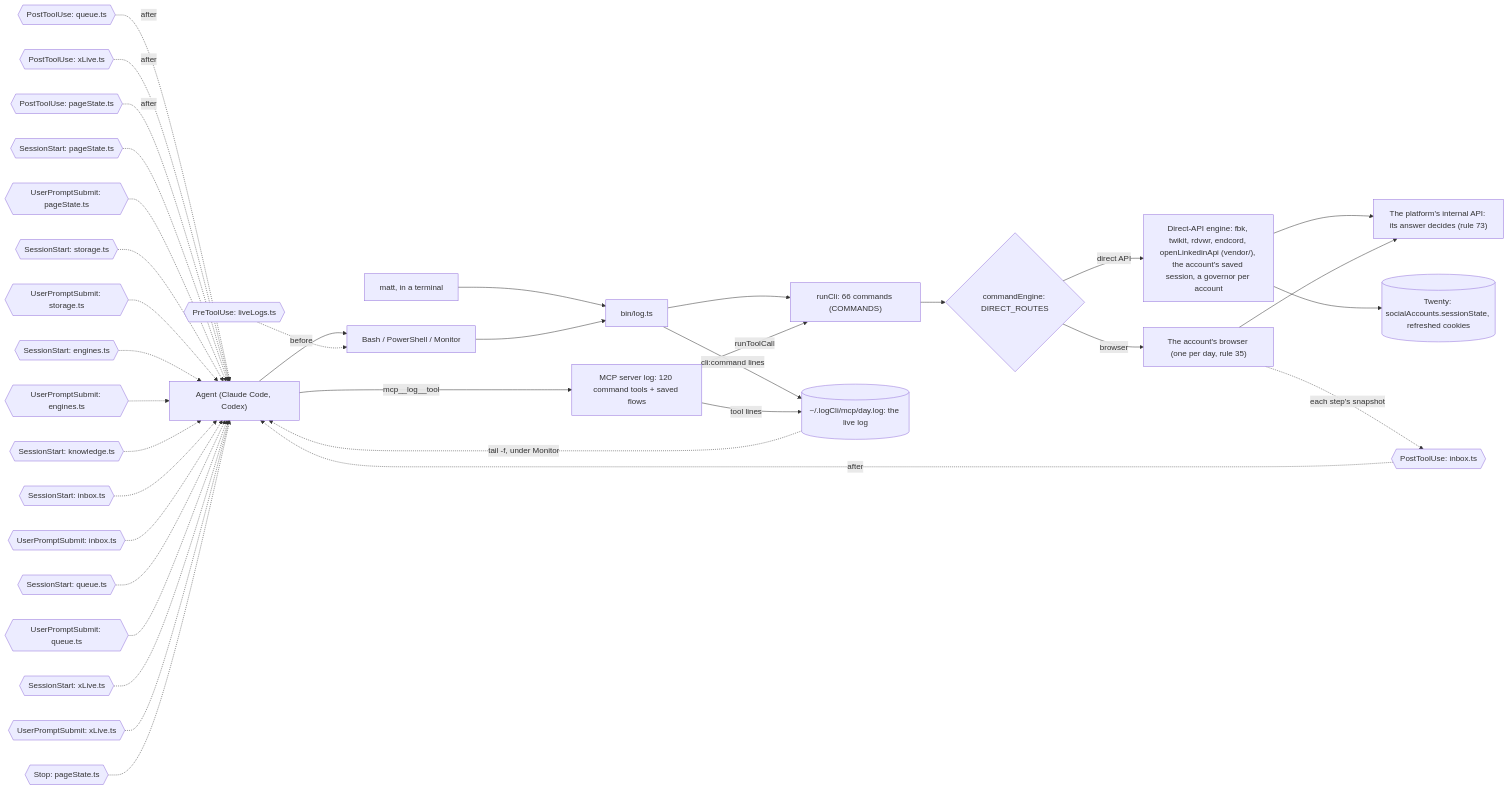
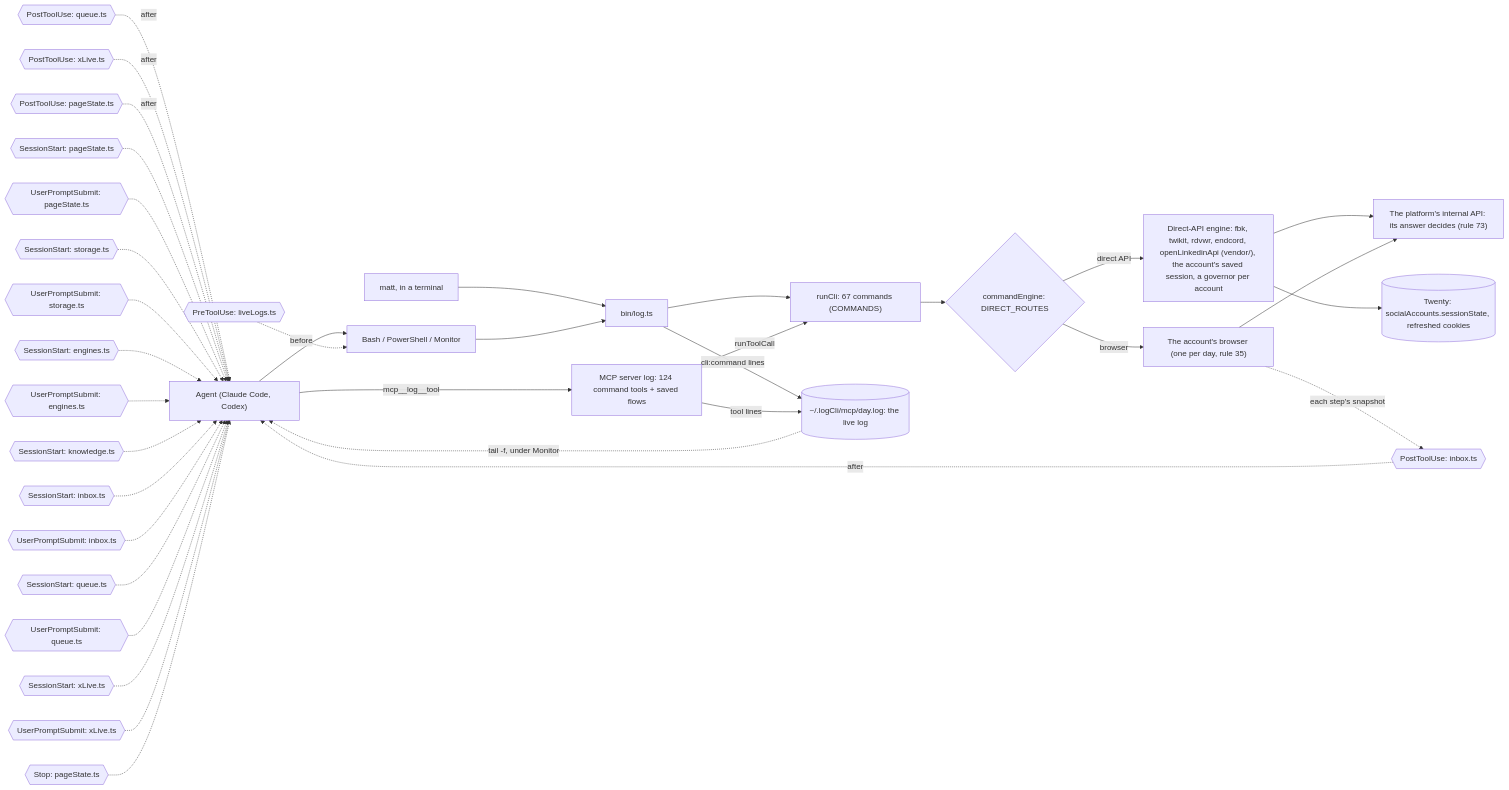
One commit to matthewdonsemail-lab/log changed the third of 6 diagrams in docs/reference.md. Above: the diagram before and after it, drawn with Mermaid. The commit also changed other lines of this file and 34 other files, not shown here.

````diff
--- a/docs/reference.md
+++ b/docs/reference.md
@@ -146,50 +146,50 @@
 ```mermaid
 flowchart LR
   agent["Agent (Claude Code, Codex)"]
   matt["matt, in a terminal"]
   shell["Bash / PowerShell / Monitor"]
-  mcp["MCP server log: 120 command tools + saved flows"]
+  mcp["MCP server log: 124 command tools + saved flows"]
   bin["bin/log.ts"]
-  runCli["runCli: 66 commands (COMMANDS)"]
+  runCli["runCli: 67 commands (COMMANDS)"]
   live[("~/.logCli/mcp/day.log: the live log")]
   engine{"commandEngine: DIRECT_ROUTES"}
   direct["Direct-API engine: fbk, twikit, rdvwr, endcord, openLinkedinApi (vendor/), the account's saved session, a governor per account"]
   browser["The account's browser (one per day, rule 35)"]
   api["The platform's internal API: its answer decides (rule 73)"]
   twenty[("Twenty: socialAccounts.sessionState, refreshed cookies")]
   agent --> shell
   matt --> bin
   shell --> bin
   agent -->|mcp__log__tool| mcp
   bin --> runCli
   mcp -->|runToolCall| runCli
   runCli --> engine
   engine -->|direct API| direct
   engine -->|browser| browser
   direct --> api
   browser --> api
   direct --> twenty
   bin -->|cli:command lines| live
   mcp -->|tool lines| live
   live -.->|tail -f, under Monitor| agent
   pre0{{"PreToolUse: liveLogs.ts"}} -.->|before| shell
   post0{{"PostToolUse: inbox.ts"}} -.->|after| agent
   post1{{"PostToolUse: queue.ts"}} -.->|after| agent
   post2{{"PostToolUse: xLive.ts"}} -.->|after| agent
   post3{{"PostToolUse: pageState.ts"}} -.->|after| agent
   turn0{{"SessionStart: pageState.ts"}} -.-> agent
   turn1{{"UserPromptSubmit: pageState.ts"}} -.-> agent
   turn2{{"SessionStart: storage.ts"}} -.-> agent
   turn3{{"UserPromptSubmit: storage.ts"}} -.-> agent
   turn4{{"SessionStart: engines.ts"}} -.-> agent
   turn5{{"UserPromptSubmit: engines.ts"}} -.-> agent
   turn6{{"SessionStart: knowledge.ts"}} -.-> agent
   turn7{{"SessionStart: inbox.ts"}} -.-> agent
   turn8{{"UserPromptSubmit: inbox.ts"}} -.-> agent
   turn9{{"SessionStart: queue.ts"}} -.-> agent
   turn10{{"UserPromptSubmit: queue.ts"}} -.-> agent
   turn11{{"SessionStart: xLive.ts"}} -.-> agent
   turn12{{"UserPromptSubmit: xLive.ts"}} -.-> agent
   turn13{{"Stop: pageState.ts"}} -.-> agent
   browser -.->|each step's snapshot| post0
 ```
````
